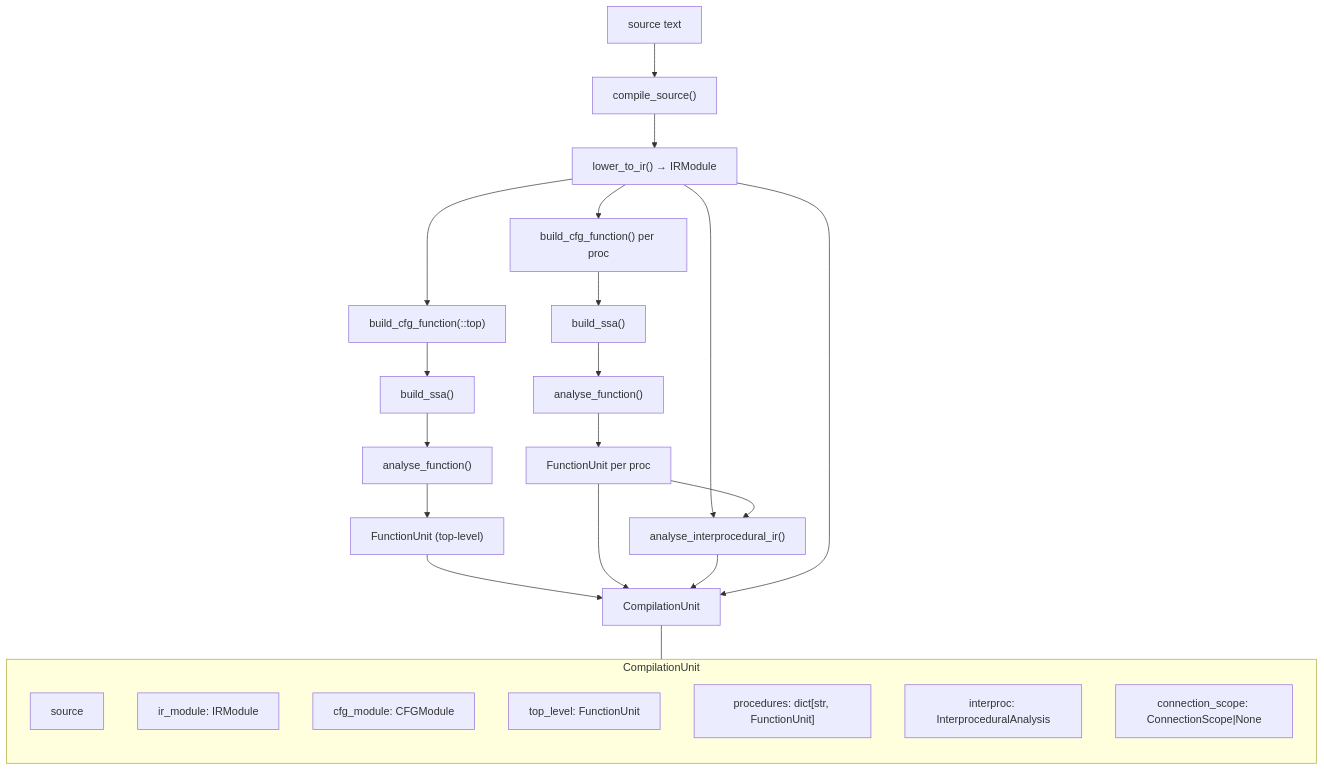
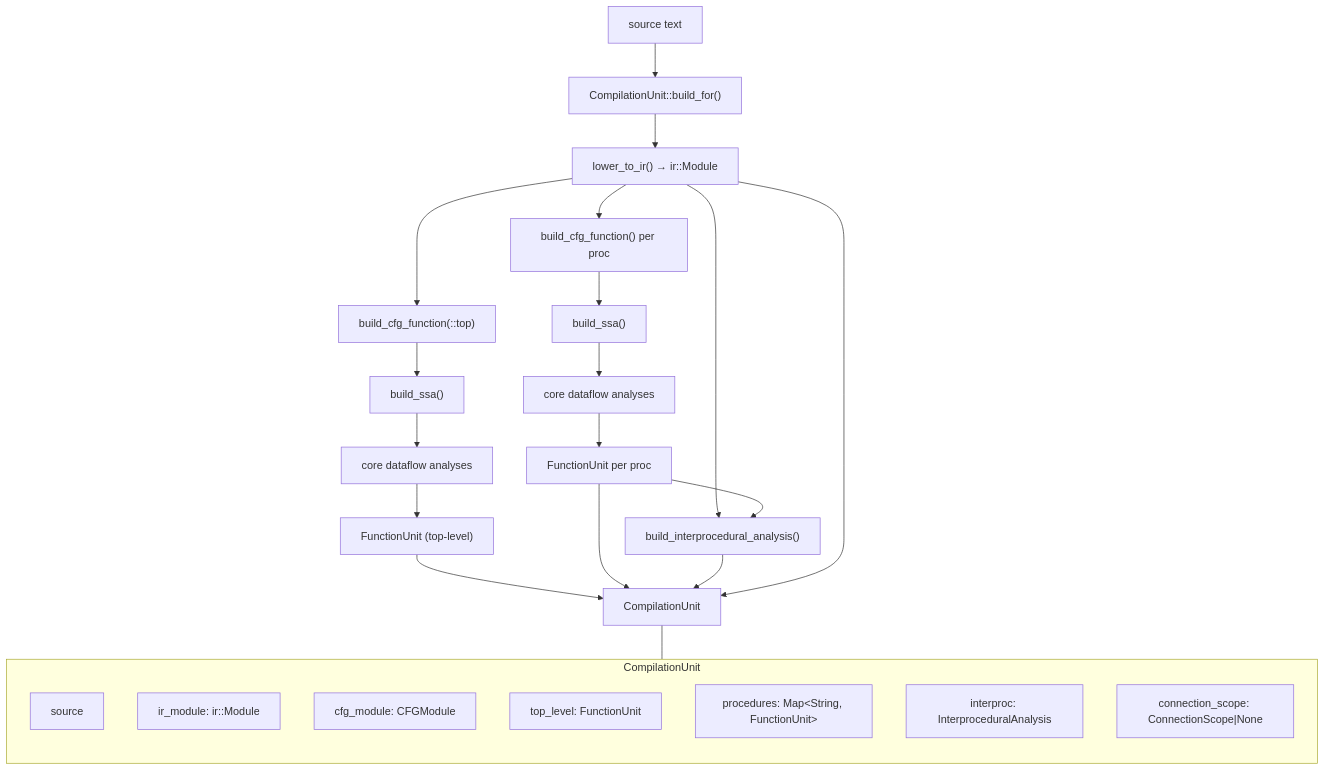
Diagram 15 of 20 in docs/design/compiler-architecture.md (bitwisecook/tcl-lsp), drawn with Mermaid before and after one commit. The commit also changed other lines of this file and 66 other files, not shown here.

````diff
--- a/docs/design/compiler-architecture.md
+++ b/docs/design/compiler-architecture.md
@@ -544,36 +544,36 @@
 ```mermaid
 flowchart TD
-    SRC["source text"] --> CS["compile_source()"]
+    SRC["source text"] --> CS["CompilationUnit::build_for()"]
 
-    CS --> LOW["lower_to_ir() → IRModule"]
+    CS --> LOW["lower_to_ir() → ir::Module"]
     LOW --> CFG_T["build_cfg_function(::top)"]
     LOW --> CFG_P["build_cfg_function() per proc"]
     CFG_T --> SSA_T["build_ssa()"]
     CFG_P --> SSA_P["build_ssa()"]
-    SSA_T --> ANA_T["analyse_function()"]
-    SSA_P --> ANA_P["analyse_function()"]
+    SSA_T --> ANA_T["core dataflow analyses"]
+    SSA_P --> ANA_P["core dataflow analyses"]
 
     ANA_T --> TU["FunctionUnit (top-level)"]
     ANA_P --> PU["FunctionUnit per proc"]
 
-    LOW --> IPA["analyse_interprocedural_ir()"]
+    LOW --> IPA["build_interprocedural_analysis()"]
     PU --> IPA
 
     TU --> CU["CompilationUnit"]
     PU --> CU
     IPA --> CU
     LOW --> CU
 
     subgraph CompilationUnit
         direction TB
         S["source"]
-        IM["ir_module: IRModule"]
+        IM["ir_module: ir::Module"]
         CM["cfg_module: CFGModule"]
         TL["top_level: FunctionUnit"]
-        PR["procedures: dict[str, FunctionUnit]"]
+        PR["procedures: Map&lt;String, FunctionUnit&gt;"]
         IP["interproc: InterproceduralAnalysis"]
         CO["connection_scope: ConnectionScope|None"]
     end
 
     CU --- CompilationUnit
 ```
````
